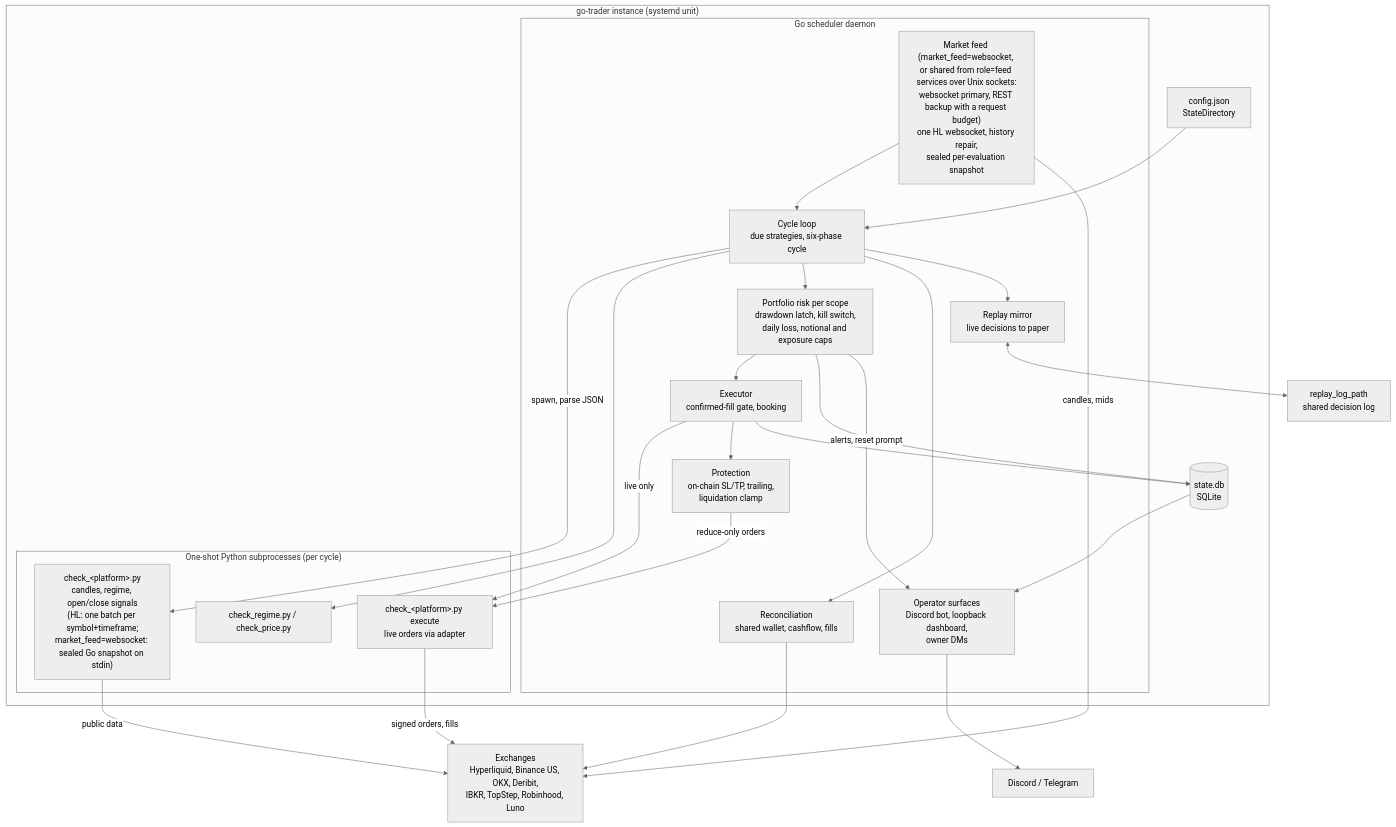
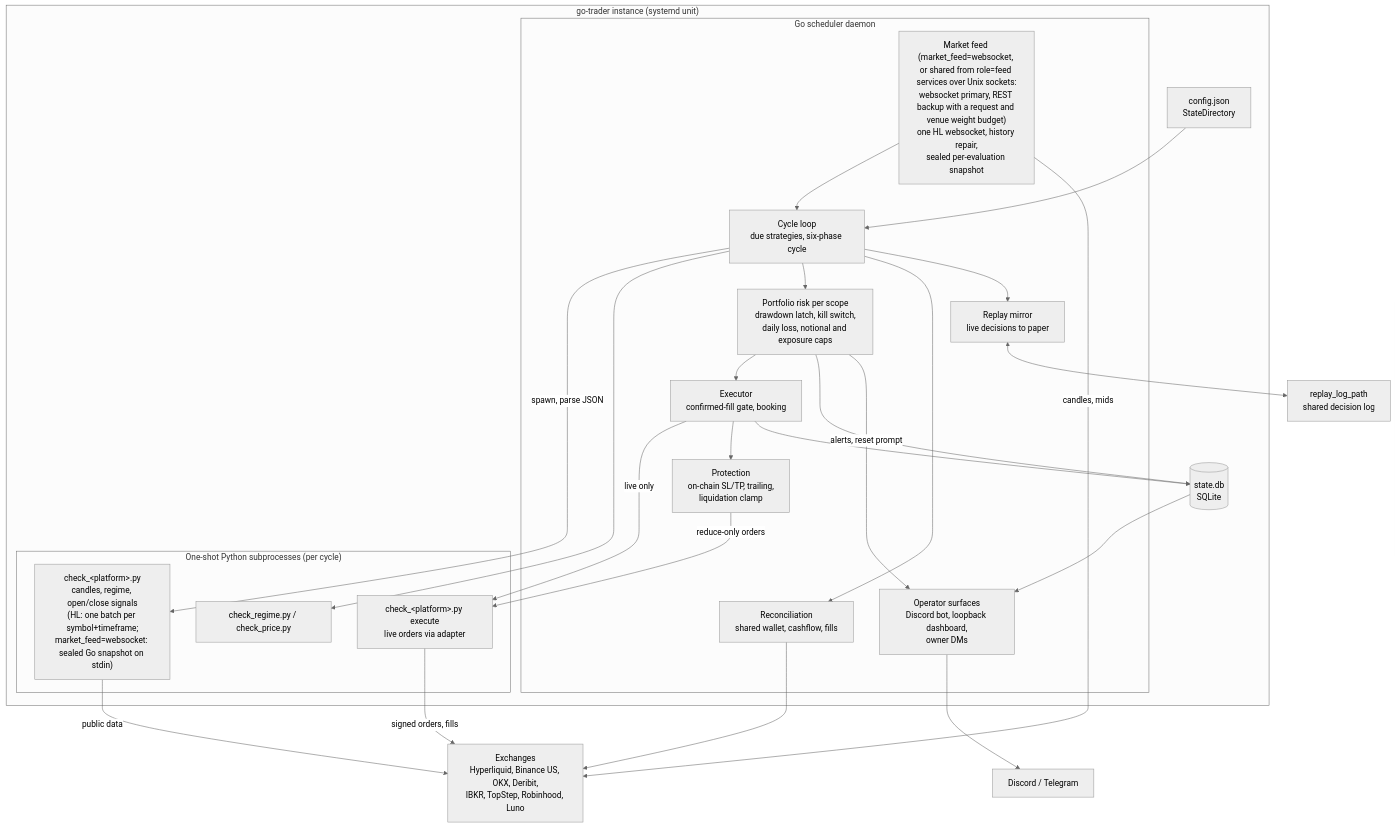
The diagram in README.md (richkuo/go-trader), drawn with Mermaid (neutral theme) before and after one commit. The commit also changed 35 other files, not shown here.

First line of the commit message:
feat(#2027): reserve bounded venue request weight before each feed send [C99, Opus 5.5, high, plan] (#2045)

````diff
--- a/README.md
+++ b/README.md
@@ -105,46 +105,46 @@
 ```mermaid
 flowchart TB
     subgraph Instance["go-trader instance (systemd unit)"]
         CFG["config.json<br/>StateDirectory"]
         DB[("state.db<br/>SQLite")]
         subgraph Daemon["Go scheduler daemon"]
             LOOP["Cycle loop<br/>due strategies, six-phase cycle"]
             RISK["Portfolio risk per scope<br/>drawdown latch, kill switch,<br/>daily loss, notional and exposure caps"]
             EXEC["Executor<br/>confirmed-fill gate, booking"]
             PROT["Protection<br/>on-chain SL/TP, trailing,<br/>liquidation clamp"]
             RECON["Reconciliation<br/>shared wallet, cashflow, fills"]
             MIRROR["Replay mirror<br/>live decisions to paper"]
-            FEED["Market feed (market_feed=websocket, or shared from role=feed services over Unix sockets:<br/>websocket primary, REST backup with a request budget)<br/>one HL websocket, history repair,<br/>sealed per-evaluation snapshot"]
+            FEED["Market feed (market_feed=websocket, or shared from role=feed services over Unix sockets:<br/>websocket primary, REST backup with a request and venue weight budget)<br/>one HL websocket, history repair,<br/>sealed per-evaluation snapshot"]
             OPS["Operator surfaces<br/>Discord bot, loopback dashboard,<br/>owner DMs"]
         end
         subgraph Py["One-shot Python subprocesses (per cycle)"]
             CHECK["check_&lt;platform&gt;.py<br/>candles, regime, open/close signals<br/>(HL: one batch per symbol+timeframe;<br/>market_feed=websocket: sealed Go snapshot on stdin)"]
             XQ["check_&lt;platform&gt;.py execute<br/>live orders via adapter"]
             REG["check_regime.py / check_price.py"]
         end
     end
     EXCH["Exchanges<br/>Hyperliquid, Binance US, OKX, Deribit,<br/>IBKR, TopStep, Robinhood, Luno"]
     DISC["Discord / Telegram"]
     LOG["replay_log_path<br/>shared decision log"]
 
     CFG --> LOOP
     FEED --> LOOP
     FEED -->|candles, mids| EXCH
     LOOP -->|spawn, parse JSON| CHECK
     LOOP --> REG
     LOOP --> RISK --> EXEC
     EXEC -->|live only| XQ
     EXEC --> PROT
     PROT -->|reduce-only orders| XQ
     CHECK -->|public data| EXCH
     XQ -->|signed orders, fills| EXCH
     RECON --> EXCH
     LOOP --> RECON
     EXEC --> DB
     RISK --> DB
     LOOP --> MIRROR
     MIRROR <--> LOG
     OPS --> DISC
     RISK -->|alerts, reset prompt| OPS
     DB --> OPS
 ```
````
